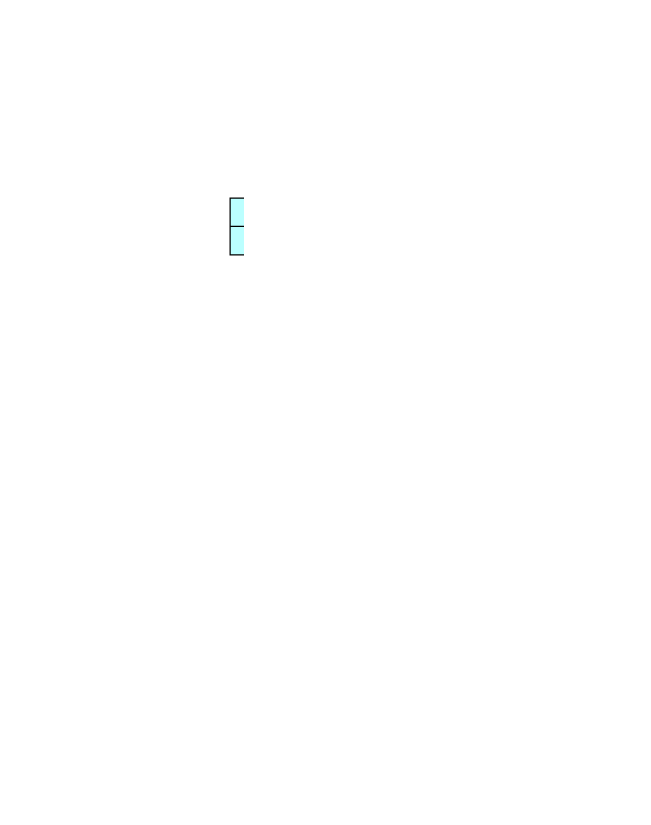
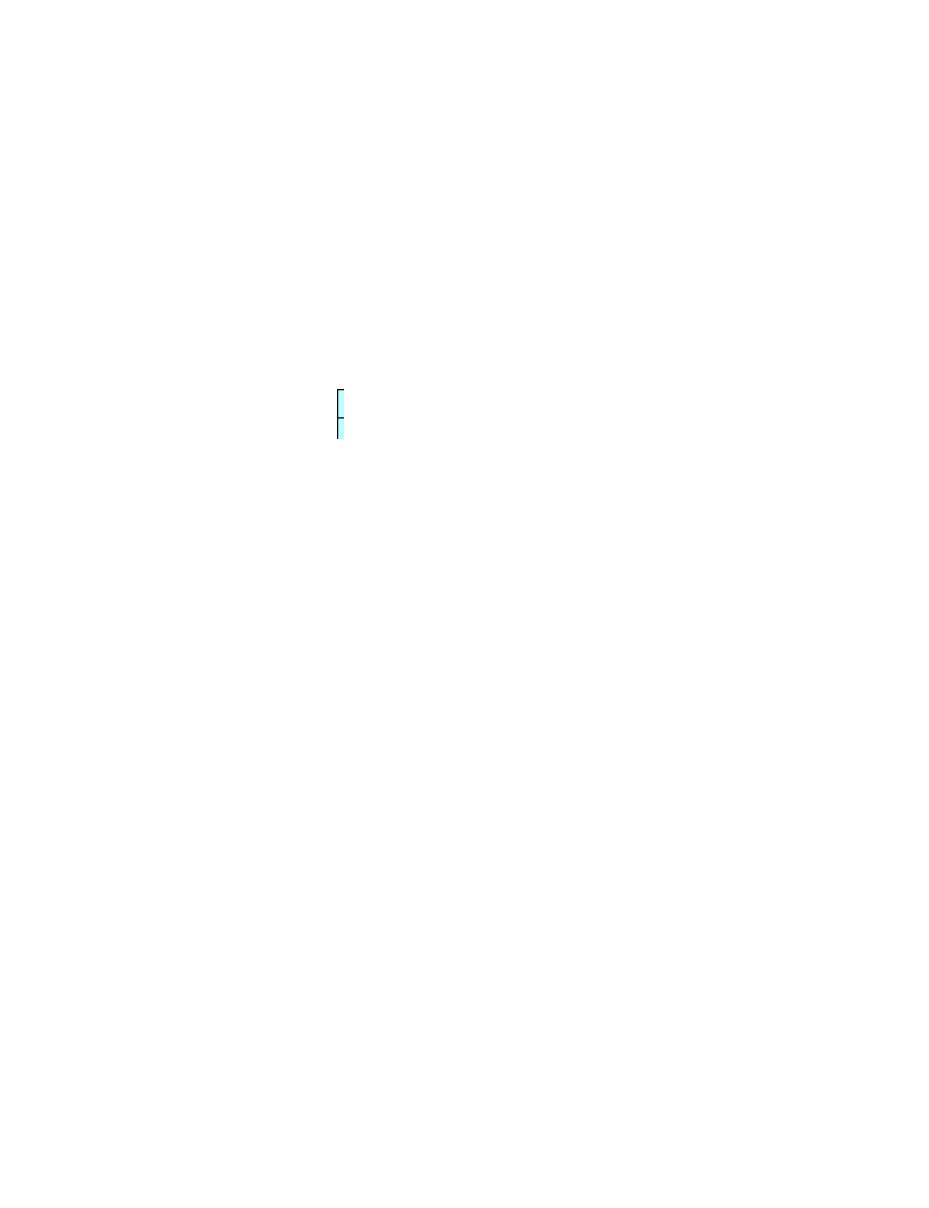
Before and after one commit to Troll0ton/Differentiator: the diagram in dump/list_graph.dot, drawn with Graphviz. The commit also changed 55 other files, not shown here.

```diff
--- a/dump/list_graph.dot
+++ b/dump/list_graph.dot
@@ -1,29 +1,50 @@
 digraph structs {    
 rankdir = TB;        
 graph [dpi = 200];   
 ranksep = 1.5;       
 edge[penwidth = 10]; 
 cell0 [style = filled, color = black, shape=record, 
 fillcolor = paleturquoise1, label = " { <ptr> TYPE: OPERATION (1) | +} " ];                         
 cell1 [style = filled, color = black, shape=record, 
-fillcolor = paleturquoise1, label = " { <ptr> TYPE: OPERATION (2) | *} " ];                         
+fillcolor = paleturquoise1, label = " { <ptr> TYPE: OPERATION (1) | +} " ];                         
 cell2 [style = filled, color = black, shape=record, 
 fillcolor = paleturquoise1, label = " { <ptr> TYPE: OPERATION (2) | *} " ];                         
 cell3 [style = filled, color = black, shape=record, 
+fillcolor = paleturquoise1, label = " { <ptr> TYPE: OPERATION (2) | *} " ];                         
+cell4 [style = filled, color = black, shape=record, 
 fillcolor = coral2, label = " { <ptr> TYPE: NUMERIC (4) | -1} " ];                         
-cell4 [style = filled, color = black, shape=record, 
+cell5 [style = filled, color = black, shape=record, 
 fillcolor = paleturquoise1, label = " { <ptr> TYPE: OPERATION (4) | sin} " ];                         
-cell5 [style = filled, color = black, shape=record, 
-fillcolor = coral2, label = " { <ptr> TYPE: NUMERIC (4) | 32} " ];                         
 cell6 [style = filled, color = black, shape=record, 
-fillcolor = coral2, label = " { <ptr> TYPE: NUMERIC (4) | 0} " ];                         
+fillcolor = paleturquoise1, label = " { <ptr> TYPE: OPERATION (2) | *} " ];                         
 cell7 [style = filled, color = black, shape=record, 
-fillcolor = coral2, label = " { <ptr> TYPE: NUMERIC (4) | 0} " ];                         
+fillcolor = darkolivegreen2, label = " { <ptr> TYPE: VARIABLE (4) | x} " ];                         
+cell8 [style = filled, color = black, shape=record, 
+fillcolor = coral2, label = " { <ptr> TYPE: NUMERIC (4) | 133.1} " ];                         
+cell9 [style = filled, color = black, shape=record, 
+fillcolor = coral2, label = " { <ptr> TYPE: NUMERIC (4) | 133.1} " ];                         
+cell10 [style = filled, color = black, shape=record, 
+fillcolor = paleturquoise1, label = " { <ptr> TYPE: OPERATION (4) | cos} " ];                         
+cell11 [style = filled, color = black, shape=record, 
+fillcolor = paleturquoise1, label = " { <ptr> TYPE: OPERATION (1) | +} " ];                         
+cell12 [style = filled, color = black, shape=record, 
+fillcolor = darkolivegreen2, label = " { <ptr> TYPE: VARIABLE (4) | x} " ];                         
+cell13 [style = filled, color = black, shape=record, 
+fillcolor = coral2, label = " { <ptr> TYPE: NUMERIC (4) | 78.43} " ];                         
+cell14 [style = filled, color = black, shape=record, 
+fillcolor = coral2, label = " { <ptr> TYPE: NUMERIC (4) | 1} " ];                         
 cell0 -> cell1;
 cell1 -> cell2;
 cell2 -> cell3;
-cell2 -> cell4;
-cell4 -> cell5;
-cell1 -> cell6;
-cell0 -> cell7;
+cell3 -> cell4;
+cell3 -> cell5;
+cell5 -> cell6;
+cell6 -> cell7;
+cell6 -> cell8;
+cell2 -> cell9;
+cell1 -> cell10;
+cell10 -> cell11;
+cell11 -> cell12;
+cell11 -> cell13;
+cell0 -> cell14;
 }
```
